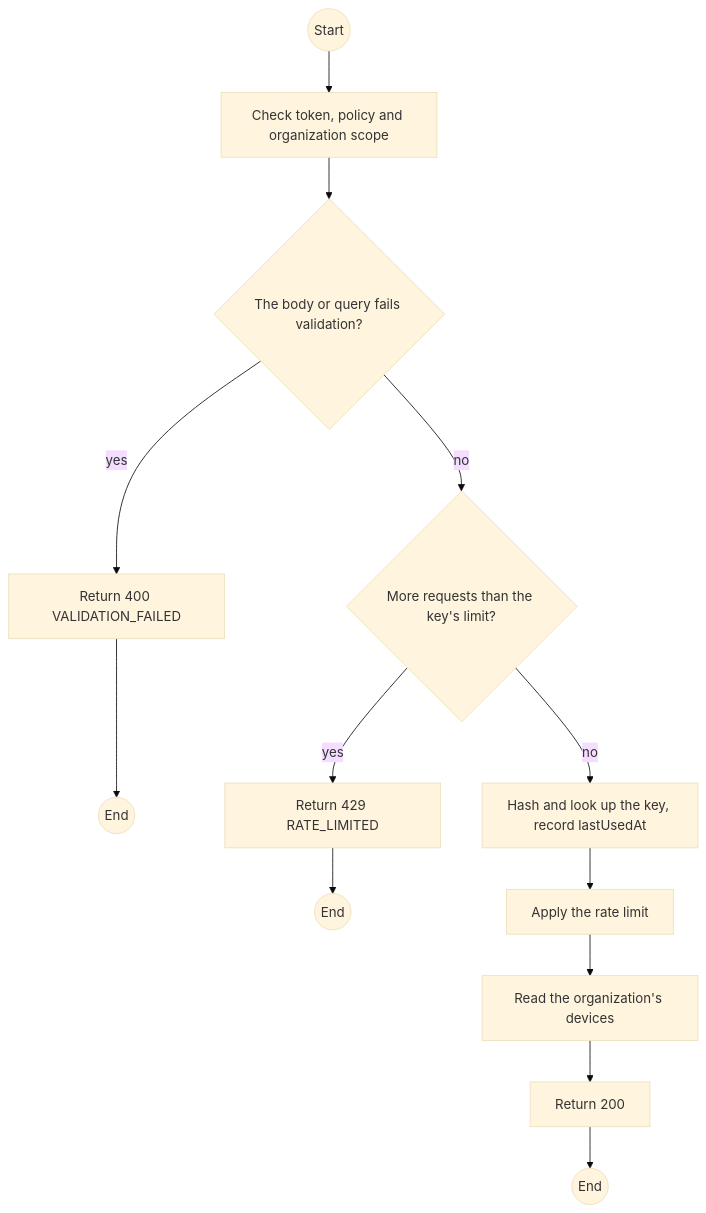
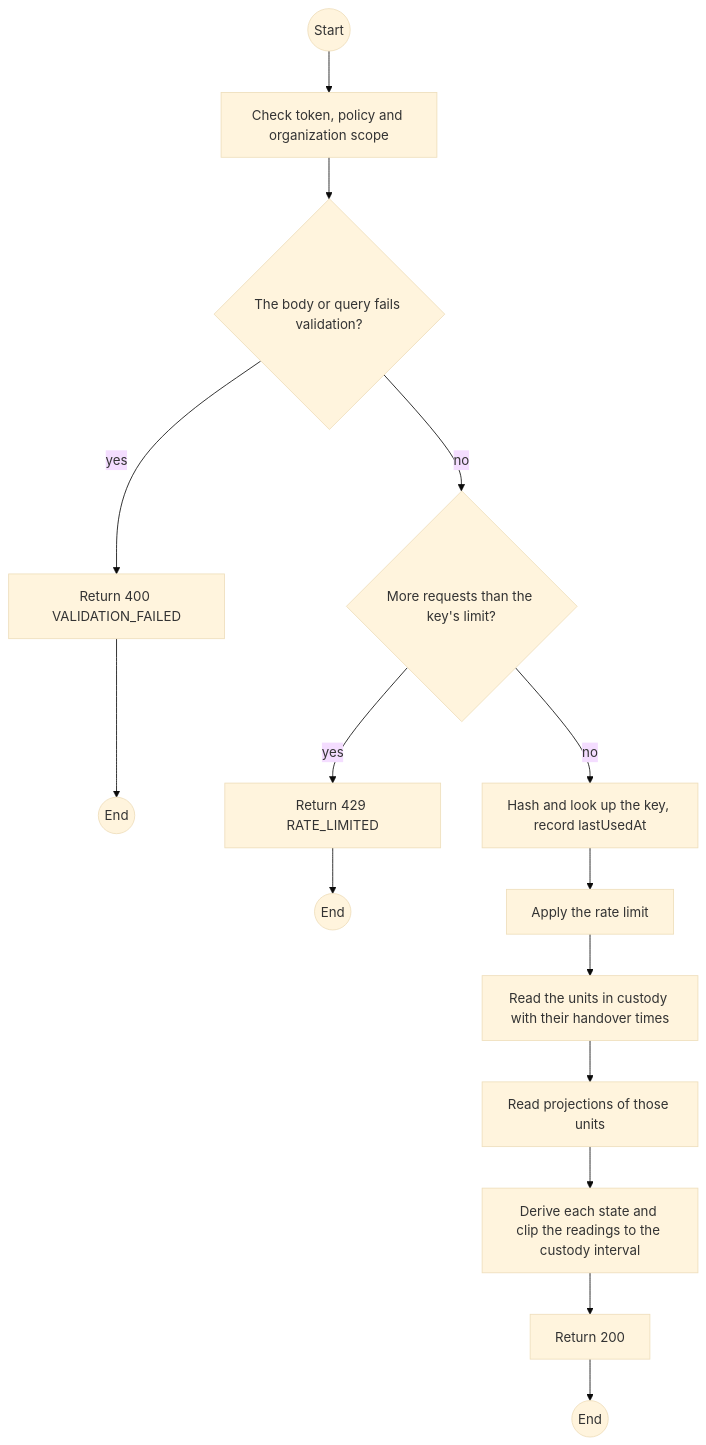
Before and after one commit to TrekLink-Team/treklink-web: the first of 2 diagrams in specs/monitoring/api-design/04-get-telemetry-devices.md, drawn with Mermaid (base theme). The commit also changed other lines of this file and 6 other files, not shown here.

First line of the commit message:
docs: specify the custody clip on the organization API

````diff
--- a/specs/monitoring/api-design/04-get-telemetry-devices.md
+++ b/specs/monitoring/api-design/04-get-telemetry-devices.md
@@ -143,25 +157,29 @@
 ```mermaid
 flowchart TB
     S((Start))
     A0["Check token, policy and organization scope"]
     S --> A0
     D1{"The body or query fails validation?"}
     A0 --> D1
     E1["Return 400 VALIDATION_FAILED"]
     D1 -->|yes| E1
     E1 --> X1((End))
     D2{"More requests than the key's limit?"}
     D1 -->|no| D2
     E2["Return 429 RATE_LIMITED"]
     D2 -->|yes| E2
     E2 --> X2((End))
     P0["Hash and look up the key, record lastUsedAt"]
     D2 -->|no| P0
     P1["Apply the rate limit"]
     P0 --> P1
-    P2["Read the organization's devices"]
+    P2["Read the units in custody with their handover times"]
     P1 --> P2
+    P3["Read projections of those units"]
+    P2 --> P3
+    P4["Derive each state and clip the readings to the custody interval"]
+    P3 --> P4
     OK["Return 200"]
-    P2 --> OK
+    P4 --> OK
     OK --> Z((End))
 ```
````
